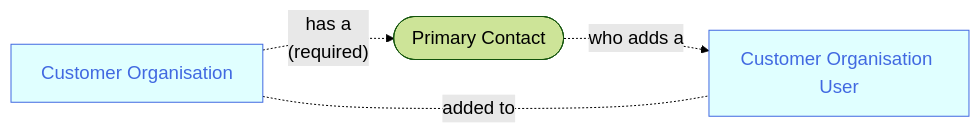
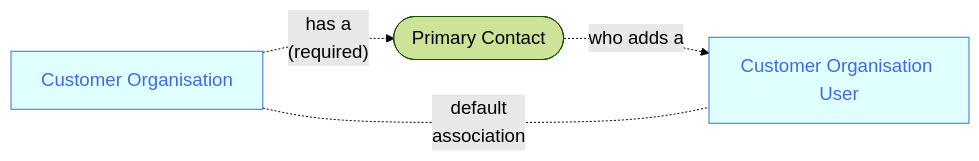
Before and after one commit to joe-dorward/samples: the diagram in 2025_Sage/04_Scenario - User to Customer.mdx, drawn with Mermaid. The commit also changed other lines of this file, not shown here.

Commit message:
Update 04_Scenario - User to Customer.mdx

````diff
--- a/2025_Sage/04_Scenario - User to Customer.mdx
+++ b/2025_Sage/04_Scenario - User to Customer.mdx
@@ -6,23 +6,23 @@
 ```mermaid
 %%{
   init: {
     'theme': 'forest',
     'themeVariables': {
       'fontSize':'14pt'
     }
   }
 }%%
 flowchart LR
   classDef Sage fill:seagreen, color:honeydew;
   classDef Noun fill:lightcyan, stroke:royalblue, color:royalblue;
   classDef Note fill:white, stroke:white, text-align:left;
 
   CUSTOMER_ORGANISATION_01[Customer Organisation]-.has a<br/>(required).->
   PRIMARY_CONTACT_01([&nbsp;Primary Contact&nbsp;])-.who adds a.->
   CUSTOMER_ORGANISATION_USER_01[Customer Organisation User]
 
-  CUSTOMER_ORGANISATION_01-."added to".-
+  CUSTOMER_ORGANISATION_01-.default<br/>association.-
   CUSTOMER_ORGANISATION_USER_01
 
   class CUSTOMER_ORGANISATION_01,CUSTOMER_ORGANISATION_USER_01 Noun
 ```
````
